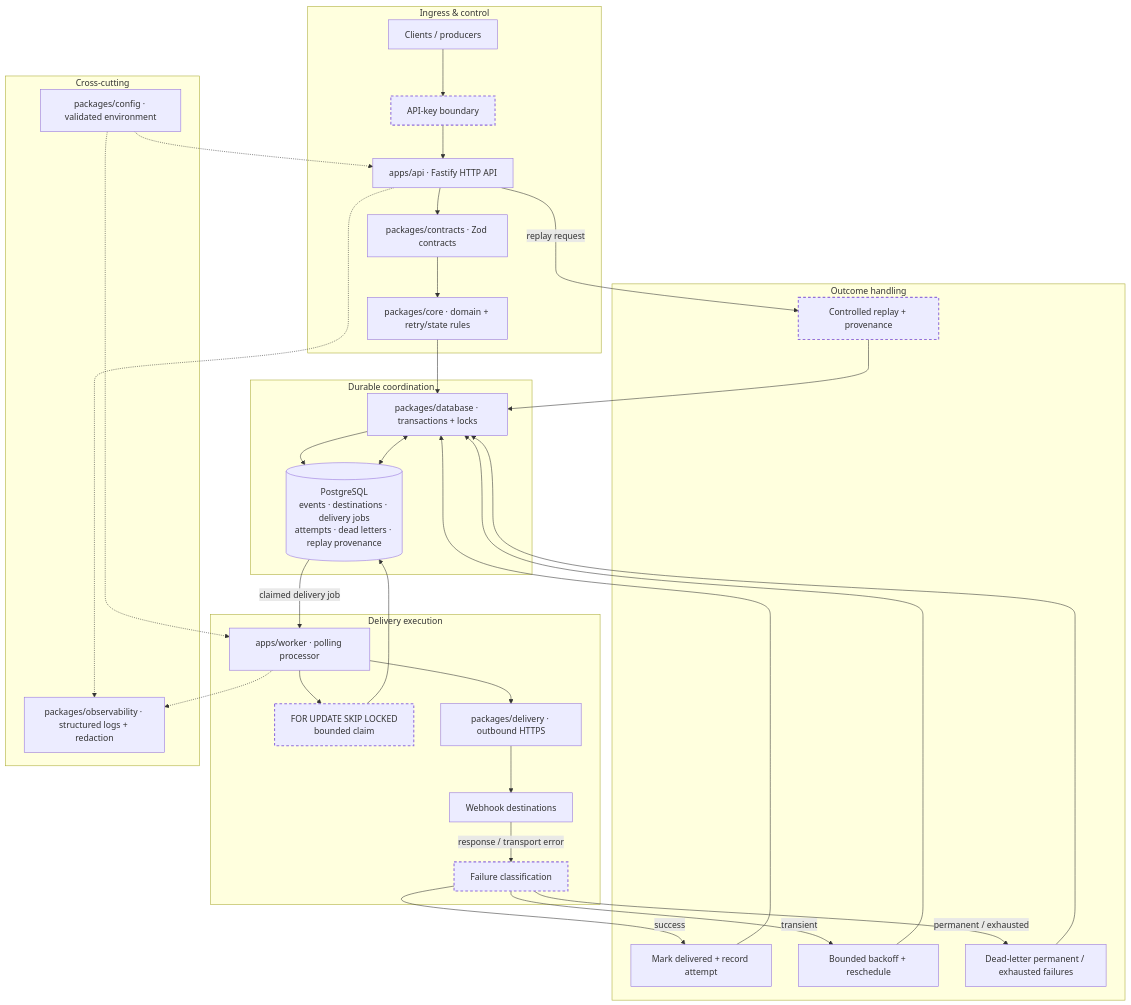
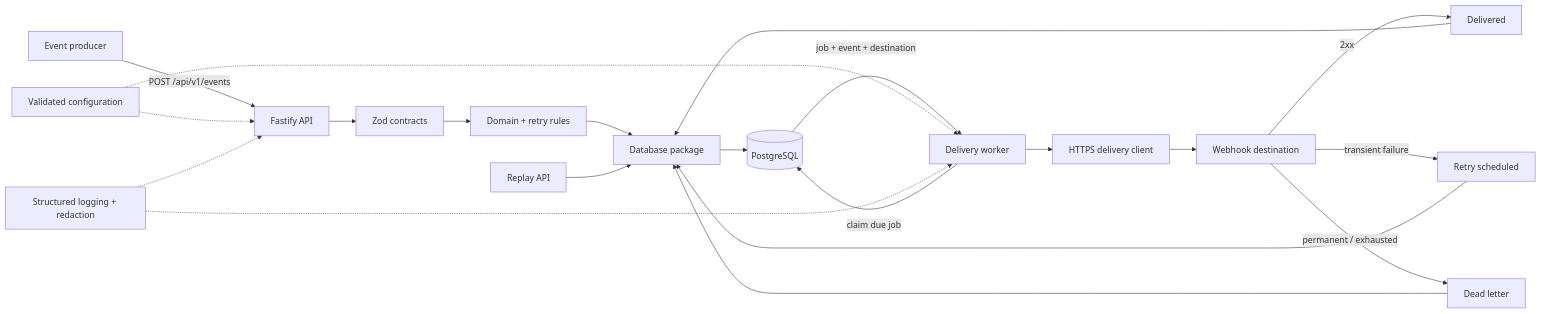
One commit to SaridakisStamatisChristos/RelayForge changed the diagram in README.md. Above: the diagram before and after it, drawn with Mermaid. The commit also changed other lines of this file and 12 other files, not shown here.

````diff
--- a/README.md
+++ b/README.md
@@ -7,53 +21,27 @@
 ```mermaid
-flowchart TB
-  subgraph Ingress["Ingress & control"]
-    Client["Clients / producers"]
-    Auth["API-key boundary"]
-    API["apps/api · Fastify HTTP API"]
-    Contracts["packages/contracts · Zod contracts"]
-    Core["packages/core · domain + retry/state rules"]
-  end
+flowchart LR
+  Producer["Event producer"] -->|"POST /api/v1/events"| API["Fastify API"]
+  API --> Contracts["Zod contracts"]
+  Contracts --> Core["Domain + retry rules"]
+  Core --> DB["Database package"]
+  DB --> PG[("PostgreSQL")]
 
-  subgraph Durable["Durable coordination"]
-    DB["packages/database · transactions + locks"]
-    PG[("PostgreSQL\nevents · destinations · delivery jobs\nattempts · dead letters · replay provenance")]
-  end
+  Worker["Delivery worker"] -->|"claim due job"| PG
+  PG -->|"job + event + destination"| Worker
+  Worker --> Delivery["HTTPS delivery client"]
+  Delivery --> Destination["Webhook destination"]
 
-  subgraph Delivery["Delivery execution"]
-    Worker["apps/worker · polling processor"]
-    Claim["FOR UPDATE SKIP LOCKED\nbounded claim"]
-    HTTP["packages/delivery · outbound HTTPS"]
-    Destination["Webhook destinations"]
-    Classify["Failure classification"]
-  end
+  Destination -->|"2xx"| Delivered["Delivered"]
+  Destination -->|"transient failure"| Retry["Retry scheduled"]
+  Destination -->|"permanent / exhausted"| Dead["Dead letter"]
 
-  subgraph Outcomes["Outcome handling"]
-    Success["Mark delivered + record attempt"]
-    Retry["Bounded backoff + reschedule"]
-    Dead["Dead-letter permanent / exhausted failures"]
-    Replay["Controlled replay + provenance"]
-  end
+  Delivered --> DB
+  Retry --> DB
+  Dead --> DB
+  Replay["Replay API"] --> DB
 
-  subgraph Ops["Cross-cutting"]
-    Config["packages/config · validated environment"]
-    Obs["packages/observability · structured logs + redaction"]
-  end
-
-  Client --> Auth --> API --> Contracts --> Core --> DB --> PG
-  Worker --> Claim --> PG
-  PG -->|"claimed delivery job"| Worker
-  Worker --> HTTP --> Destination
-  Destination -->|"response / transport error"| Classify
-  Classify -->|"success"| Success --> DB
-  Classify -->|"transient"| Retry --> DB
-  Classify -->|"permanent / exhausted"| Dead --> DB
-  API -->|"replay request"| Replay --> DB
-  DB <--> PG
-  Config -.-> API
+  Config["Validated configuration"] -.-> API
   Config -.-> Worker
-  API -.-> Obs
-  Worker -.-> Obs
-
-  classDef boundary stroke-width:2px,stroke-dasharray:5 4;
-  class Auth,Claim,Classify,Replay boundary;
+  Observability["Structured logging + redaction"] -.-> API
+  Observability -.-> Worker
 ```
````
